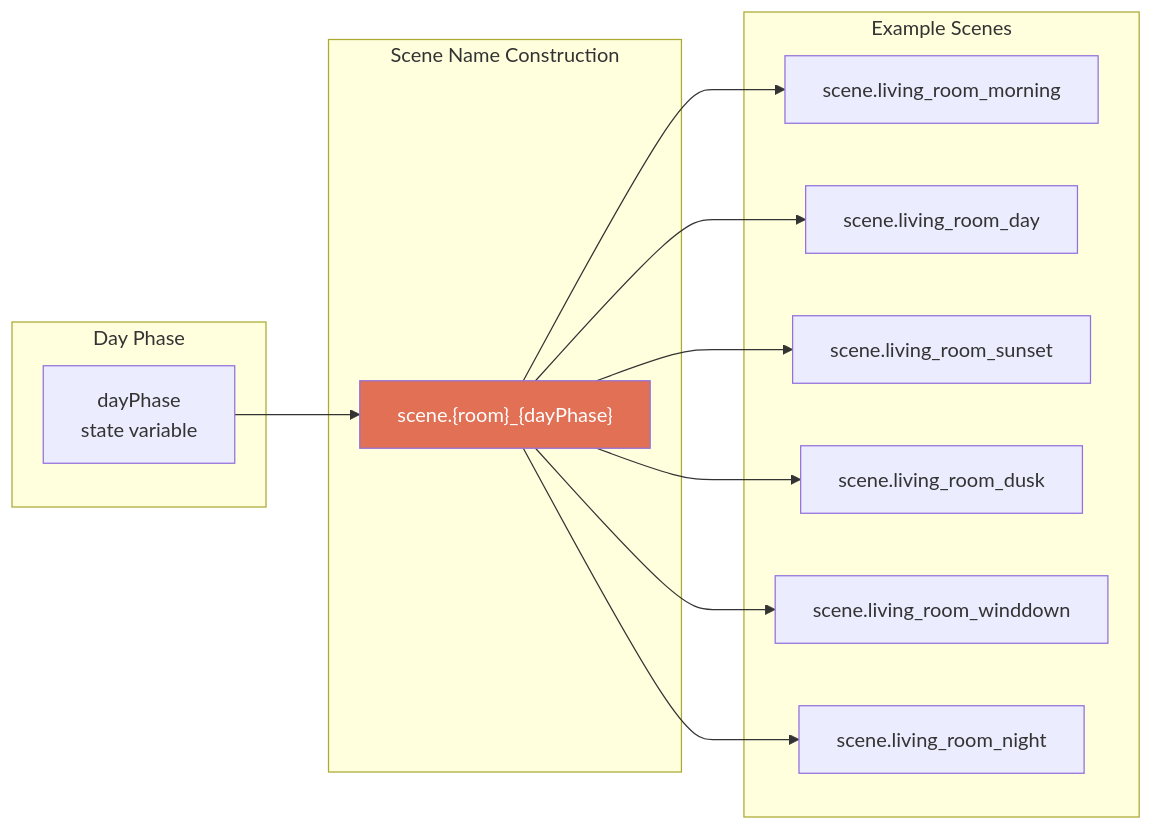
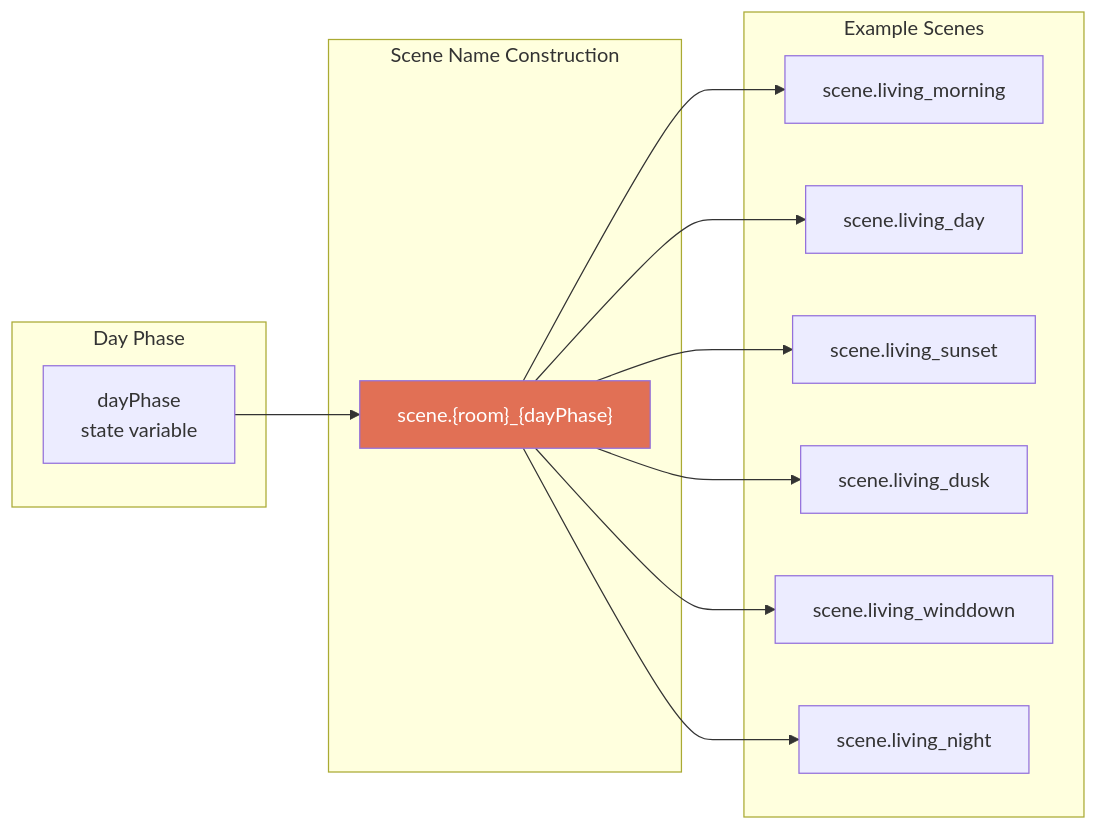
Before and after one commit to NickBorgers/home-automation: the fourth of 7 diagrams in docs/flows/DAY_PHASE_MODES.md, drawn with Mermaid. The commit also changed other lines of this file and 40 other files, not shown here.

````diff
--- a/docs/flows/DAY_PHASE_MODES.md
+++ b/docs/flows/DAY_PHASE_MODES.md
@@ -156,29 +156,29 @@
 ```mermaid
 flowchart LR
     subgraph DayPhase["Day Phase"]
         DP["dayPhase<br/>state variable"]
     end
 
     subgraph SceneConstruction["Scene Name Construction"]
         construct["scene.{room}_{dayPhase}"]
     end
 
     subgraph Examples["Example Scenes"]
-        ex1["scene.living_room_morning"]
-        ex2["scene.living_room_day"]
-        ex3["scene.living_room_sunset"]
-        ex4["scene.living_room_dusk"]
-        ex5["scene.living_room_winddown"]
-        ex6["scene.living_room_night"]
+        ex1["scene.living_morning"]
+        ex2["scene.living_day"]
+        ex3["scene.living_sunset"]
+        ex4["scene.living_dusk"]
+        ex5["scene.living_winddown"]
+        ex6["scene.living_night"]
     end
 
     DP --> construct
     construct --> ex1
     construct --> ex2
     construct --> ex3
     construct --> ex4
     construct --> ex5
     construct --> ex6
 
     style construct fill:#e17055,color:#fff
 ```
````
